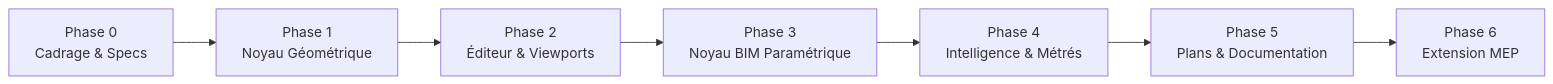
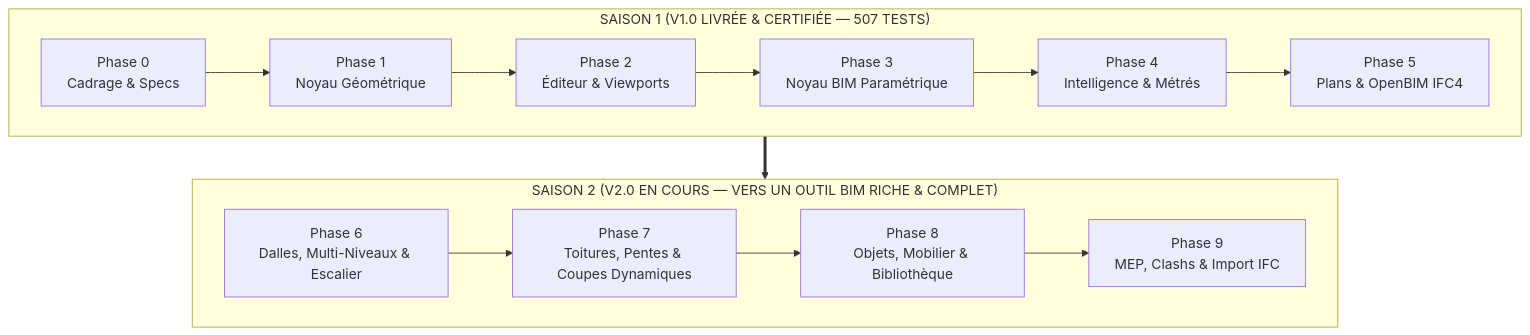
One commit to mouridoullah/mini-Revit changed the first of 2 diagrams in ROADMAP.md. Above: the diagram before and after it, drawn with Mermaid. The commit also changed other lines of this file and 4 other files, not shown here.

Commit message:
docs: formalize Season 2 roadmap, ADR-035 to ADR-037, and technical specs for Slabs & Multi-Level

````diff
--- a/ROADMAP.md
+++ b/ROADMAP.md
@@ -13,9 +13,20 @@
 ```mermaid
-flowchart LR
-    P0["Phase 0<br/>Cadrage & Specs"] --> P1["Phase 1<br/>Noyau Géométrique"]
-    P1 --> P2["Phase 2<br/>Éditeur & Viewports"]
-    P2 --> P3["Phase 3<br/>Noyau BIM Paramétrique"]
-    P3 --> P4["Phase 4<br/>Intelligence & Métrés"]
-    P4 --> P5["Phase 5<br/>Plans & Documentation"]
-    P5 --> P6["Phase 6<br/>Extension MEP"]
+flowchart TD
+    subgraph S1 ["SAISON 1 (V1.0 LIVRÉE & CERTIFIÉE — 507 TESTS)"]
+        direction LR
+        P0["Phase 0<br/>Cadrage & Specs"] --> P1["Phase 1<br/>Noyau Géométrique"]
+        P1 --> P2["Phase 2<br/>Éditeur & Viewports"]
+        P2 --> P3["Phase 3<br/>Noyau BIM Paramétrique"]
+        P3 --> P4["Phase 4<br/>Intelligence & Métrés"]
+        P4 --> P5["Phase 5<br/>Plans & OpenBIM IFC4"]
+    end
+
+    subgraph S2 ["SAISON 2 (V2.0 EN COURS — VERS UN OUTIL BIM RICHE & COMPLET)"]
+        direction LR
+        P6["Phase 6<br/>Dalles, Multi-Niveaux & Escalier"] --> P7["Phase 7<br/>Toitures, Pentes & Coupes Dynamiques"]
+        P7 --> P8["Phase 8<br/>Objets, Mobilier & Bibliothèque"]
+        P8 --> P9["Phase 9<br/>MEP, Clashs & Import IFC"]
+    end
+
+    S1 ==> S2
 ```
````
